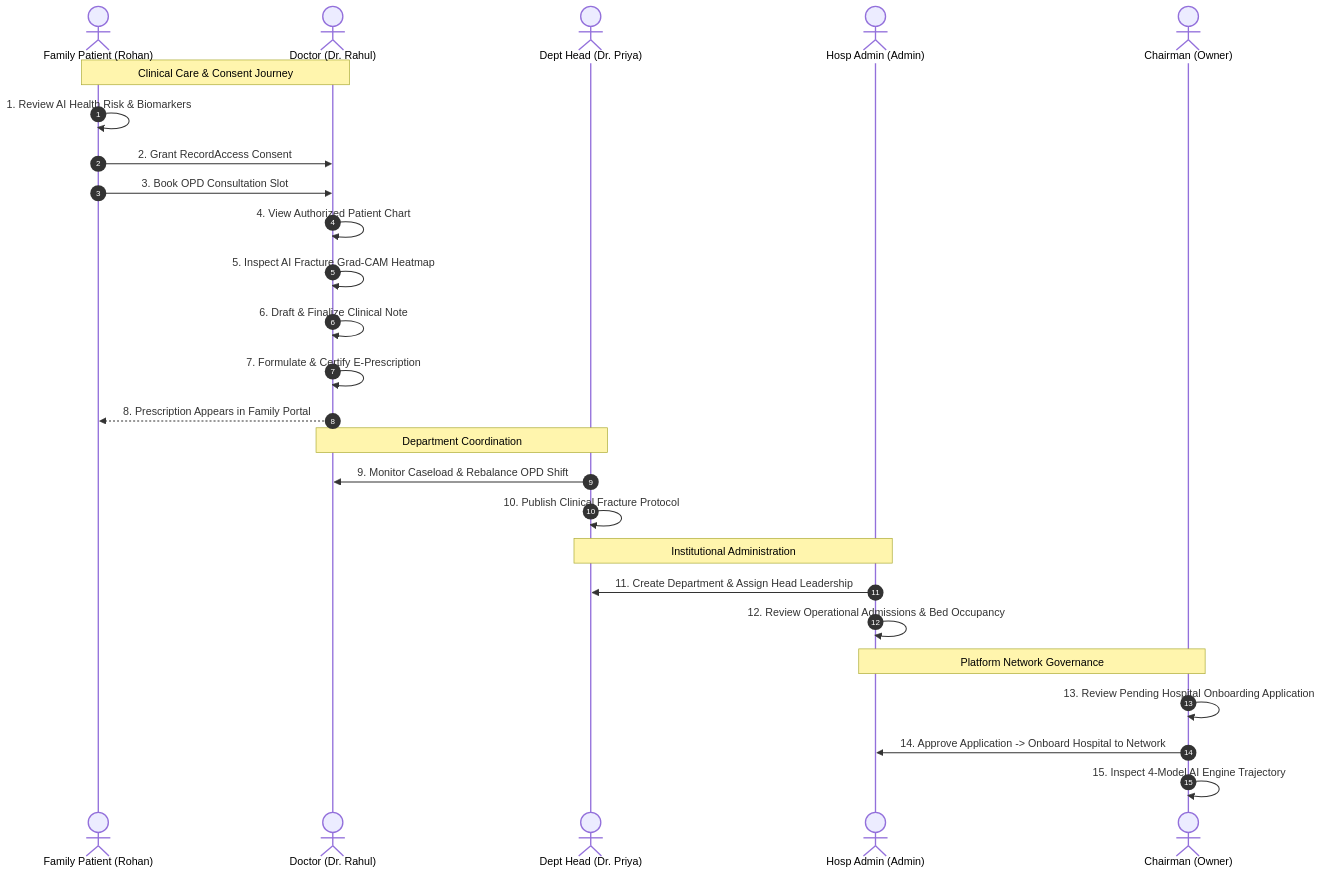
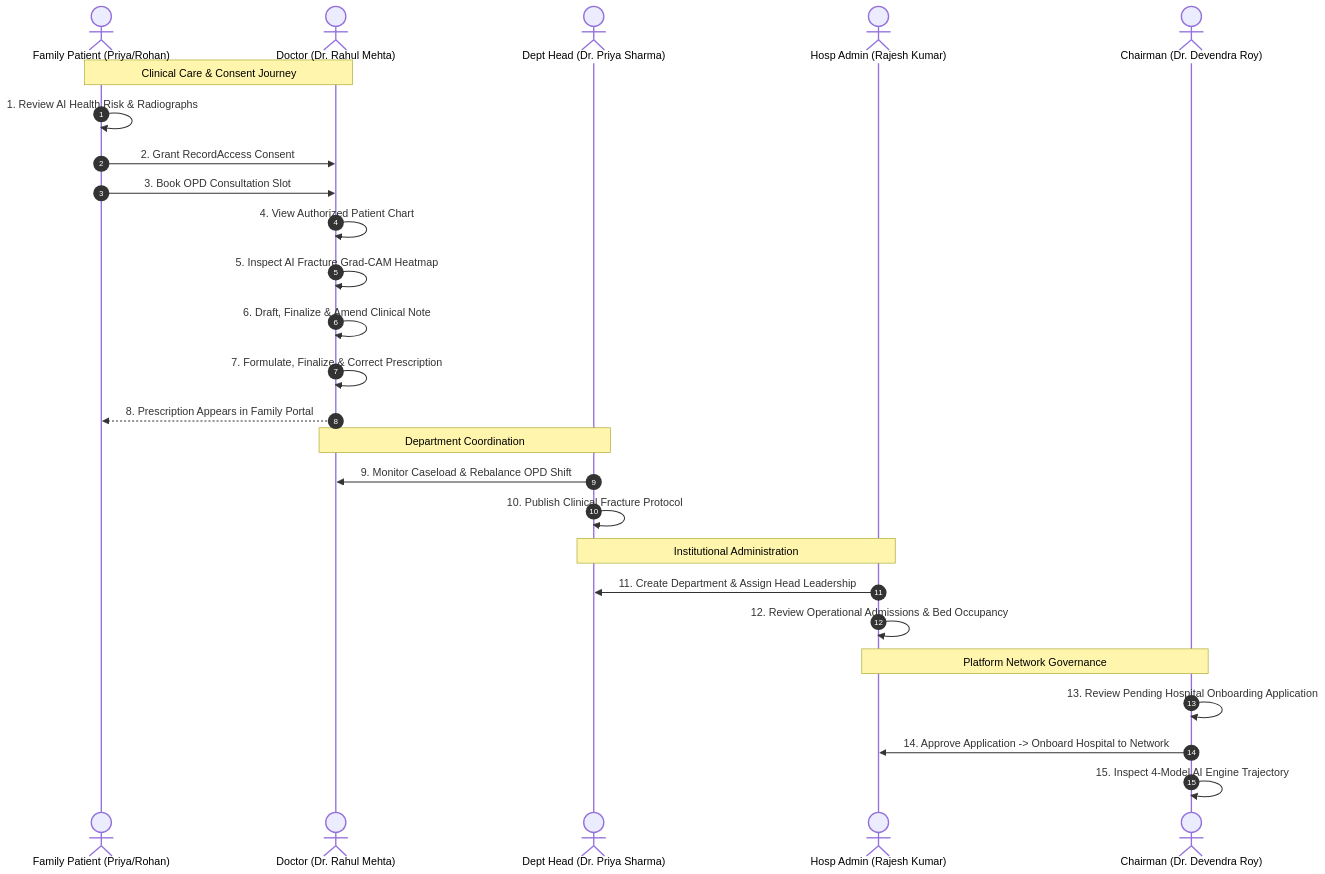
Before and after one commit to bvishnuvaradhan/MediMind-E3: the diagram in docs/frontend-audit/FRONTEND_FLOW_MATRIX.md, drawn with Mermaid. The commit also changed other lines of this file and 11 other files, not shown here.

````diff
--- a/docs/frontend-audit/FRONTEND_FLOW_MATRIX.md
+++ b/docs/frontend-audit/FRONTEND_FLOW_MATRIX.md
@@ -11,32 +11,32 @@
 ```mermaid
 sequenceDiagram
     autonumber
-    actor Family as Family Patient (Rohan)
-    actor Doctor as Doctor (Dr. Rahul)
-    actor DeptHead as Dept Head (Dr. Priya)
-    actor HospAdmin as Hosp Admin (Admin)
-    actor Chairman as Chairman (Owner)
+    actor Family as Family Patient (Priya/Rohan)
+    actor Doctor as Doctor (Dr. Rahul Mehta)
+    actor DeptHead as Dept Head (Dr. Priya Sharma)
+    actor HospAdmin as Hosp Admin (Rajesh Kumar)
+    actor Chairman as Chairman (Dr. Devendra Roy)
 
     Note over Family,Doctor: Clinical Care & Consent Journey
-    Family->>Family: 1. Review AI Health Risk & Biomarkers
+    Family->>Family: 1. Review AI Health Risk & Radiographs
     Family->>Doctor: 2. Grant RecordAccess Consent
     Family->>Doctor: 3. Book OPD Consultation Slot
     Doctor->>Doctor: 4. View Authorized Patient Chart
     Doctor->>Doctor: 5. Inspect AI Fracture Grad-CAM Heatmap
-    Doctor->>Doctor: 6. Draft & Finalize Clinical Note
-    Doctor->>Doctor: 7. Formulate & Certify E-Prescription
+    Doctor->>Doctor: 6. Draft, Finalize & Amend Clinical Note
+    Doctor->>Doctor: 7. Formulate, Finalize & Correct Prescription
     Doctor-->>Family: 8. Prescription Appears in Family Portal
 
     Note over DeptHead,Doctor: Department Coordination
     DeptHead->>Doctor: 9. Monitor Caseload & Rebalance OPD Shift
     DeptHead->>DeptHead: 10. Publish Clinical Fracture Protocol
 
     Note over HospAdmin,DeptHead: Institutional Administration
     HospAdmin->>DeptHead: 11. Create Department & Assign Head Leadership
     HospAdmin->>HospAdmin: 12. Review Operational Admissions & Bed Occupancy
 
     Note over Chairman,HospAdmin: Platform Network Governance
     Chairman->>Chairman: 13. Review Pending Hospital Onboarding Application
     Chairman->>HospAdmin: 14. Approve Application -> Onboard Hospital to Network
     Chairman->>Chairman: 15. Inspect 4-Model AI Engine Trajectory
 ```
````
